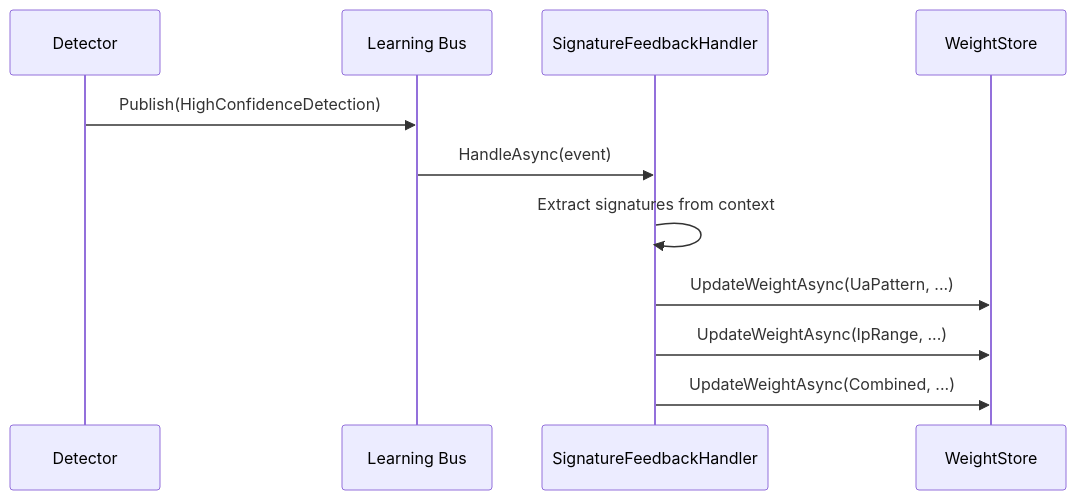
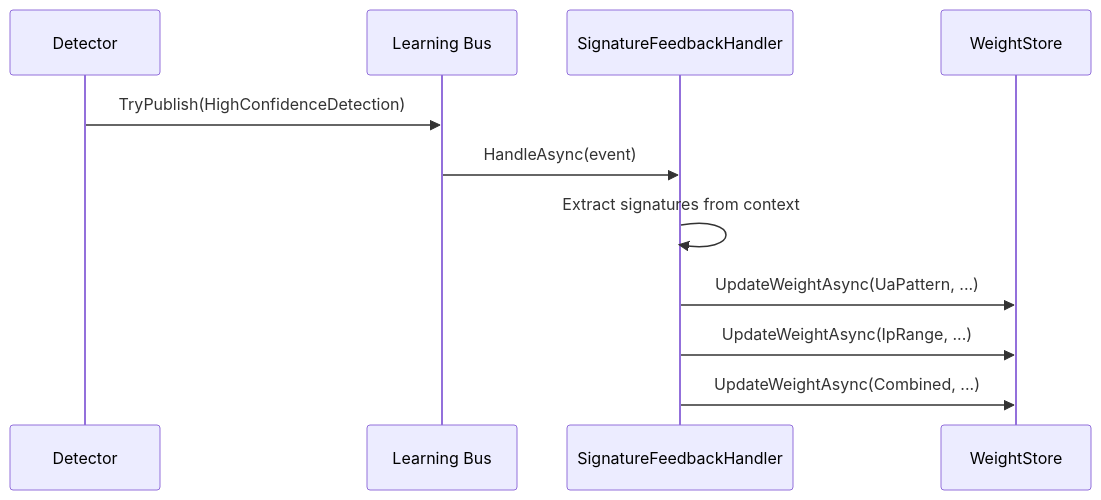
The sixth of 6 diagrams in src/Mostlylucid.BotDetection/docs/learning-and-reputation.md (scottgal/stylobot), drawn with Mermaid before and after one commit. The commit also changed other lines of this file and 19 other files, not shown here.

````diff
--- a/src/Mostlylucid.BotDetection/docs/learning-and-reputation.md
+++ b/src/Mostlylucid.BotDetection/docs/learning-and-reputation.md
@@ -728,14 +734,14 @@
 ```mermaid
 sequenceDiagram
     participant D as Detector
     participant B as Learning Bus
     participant H as SignatureFeedbackHandler
     participant W as WeightStore
 
-    D->>B: Publish(HighConfidenceDetection)
+    D->>B: TryPublish(HighConfidenceDetection)
     B->>H: HandleAsync(event)
     H->>H: Extract signatures from context
     H->>W: UpdateWeightAsync(UaPattern, ...)
     H->>W: UpdateWeightAsync(IpRange, ...)
     H->>W: UpdateWeightAsync(Combined, ...)
 ```
````
